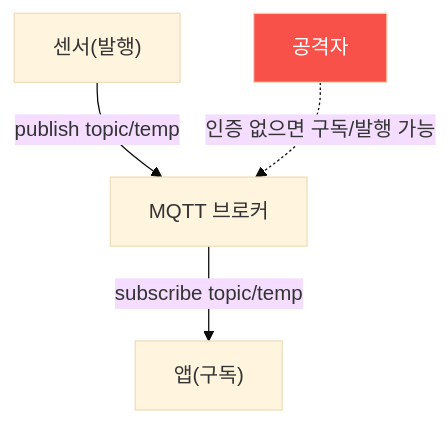
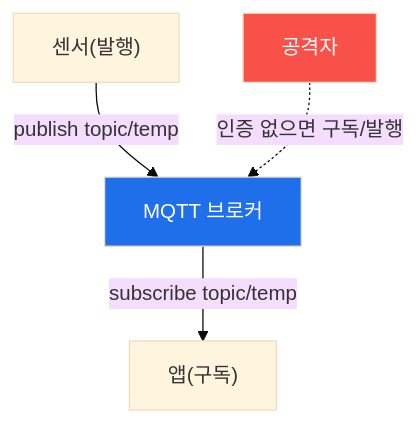
One commit to mrgrit/tw2 changed the diagram in contents/training/iot-security/lecture_week02.md. Above: the diagram before and after it, drawn with Mermaid (base theme). The commit also changed other lines of this file, not shown here.

First line of the commit message:
docs(iot-security): W02 강의 교재 보강 — 경량 프로토콜(MQTT·CoAP)

````diff
--- a/contents/training/iot-security/lecture_week02.md
+++ b/contents/training/iot-security/lecture_week02.md
@@ -52,7 +53,8 @@
 ```mermaid
 graph TD
-    S["센서(발행)"] -->|publish topic/temp| B["MQTT 브로커"]
-    B -->|subscribe topic/temp| A["앱(구독)"]
-    ATK["공격자"] -.인증 없으면 구독/발행 가능.-> B
+    S["센서(발행)"] -->|"publish topic/temp"| B["MQTT 브로커"]
+    B -->|"subscribe topic/temp"| A["앱(구독)"]
+    ATK["공격자"] -. "인증 없으면 구독/발행" .-> B
     style ATK fill:#f85149,color:#fff
+    style B fill:#1f6feb,color:#fff
 ```
````
